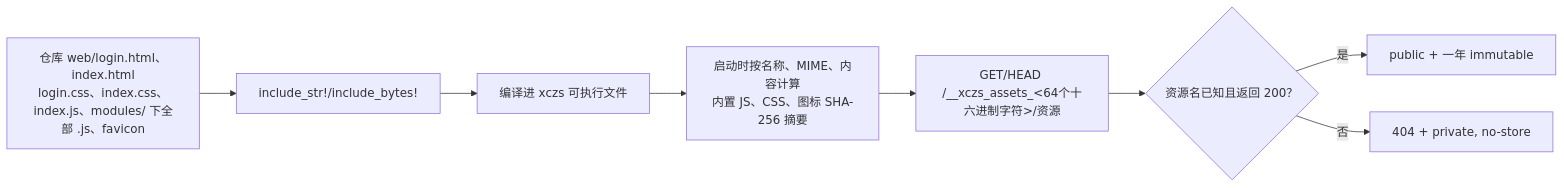
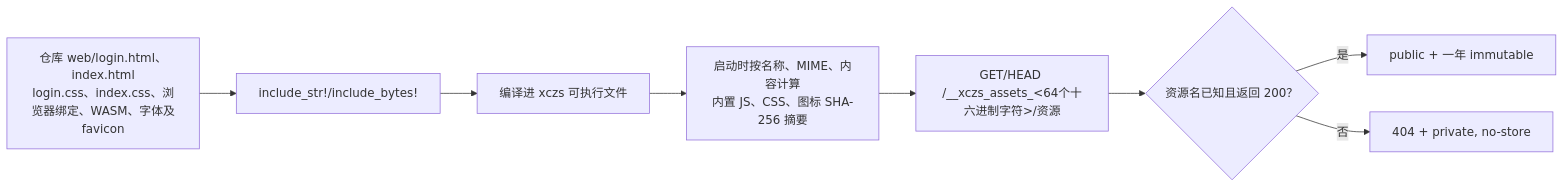
The third of 17 diagrams in docs/project-workflow.md (isarmg/xczs), drawn with Mermaid before and after one commit. The commit also changed other lines of this file and 160 other files, not shown here.

````diff
--- a/docs/project-workflow.md
+++ b/docs/project-workflow.md
@@ -129,10 +129,10 @@
 ```mermaid
 flowchart LR
-    SOURCE["仓库 web/login.html、index.html<br/>login.css、index.css、index.js、modules/ 下全部 .js、favicon"] --> COMPILE["include_str!/include_bytes!"]
+    SOURCE["仓库 web/login.html、index.html<br/>login.css、index.css、浏览器绑定、WASM、字体及favicon"] --> COMPILE["include_str!/include_bytes!"]
     COMPILE --> BINARY["编译进 xczs 可执行文件"]
     BINARY --> HASH["启动时按名称、MIME、内容计算<br/>内置 JS、CSS、图标 SHA-256 摘要"]
     HASH --> URL["GET/HEAD /__xczs_assets_&lt;64个十六进制字符&gt;/资源"]
     URL --> KNOWN{"资源名已知且返回 200？"}
     KNOWN -- 是 --> CACHE["public + 一年 immutable"]
     KNOWN -- 否 --> MISS["404 + private, no-store"]
 ```
````
